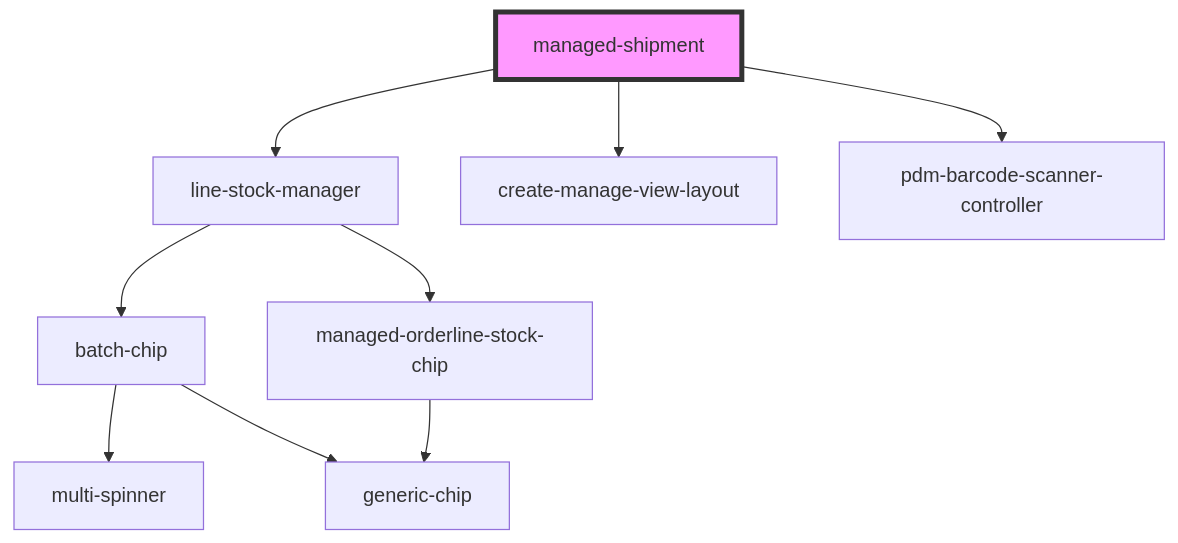
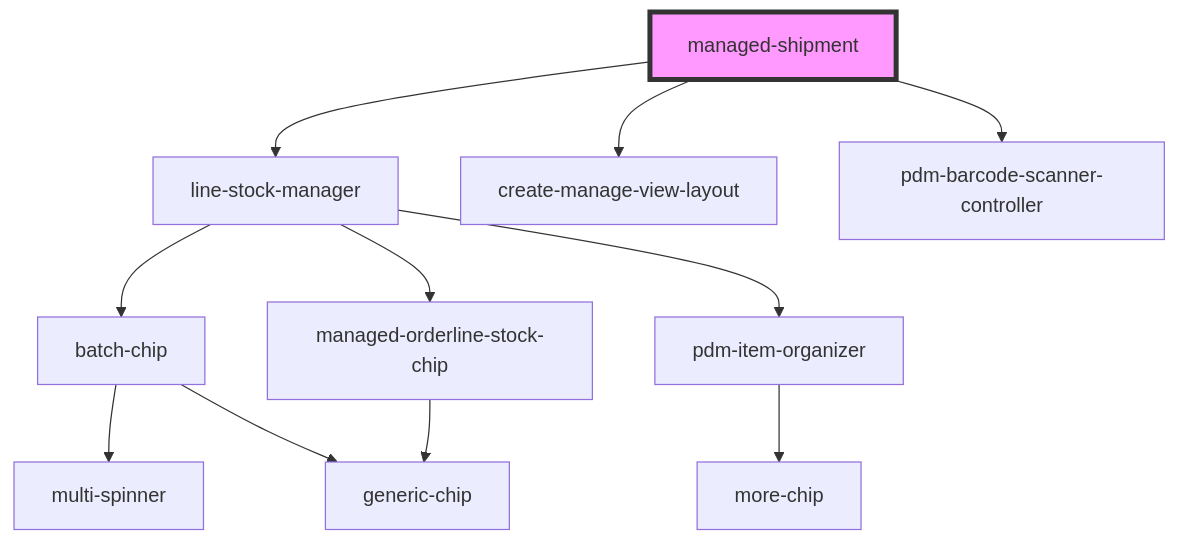
One commit to PharmaLedger-IMI/fgt-workspace changed the diagram in pdm-web-components/src/components/managed-shipment/readme.md. Above: the diagram before and after it, drawn with Mermaid. The commit also changed 60 other files, not shown here.

````diff
--- a/pdm-web-components/src/components/managed-shipment/readme.md
+++ b/pdm-web-components/src/components/managed-shipment/readme.md
@@ -95,12 +95,14 @@
 ```mermaid
 graph TD;
   managed-shipment --> line-stock-manager
   managed-shipment --> create-manage-view-layout
   managed-shipment --> pdm-barcode-scanner-controller
   line-stock-manager --> batch-chip
   line-stock-manager --> managed-orderline-stock-chip
+  line-stock-manager --> pdm-item-organizer
   batch-chip --> multi-spinner
   batch-chip --> generic-chip
   managed-orderline-stock-chip --> generic-chip
+  pdm-item-organizer --> more-chip
   style managed-shipment fill:#f9f,stroke:#333,stroke-width:4px
 ```
````
